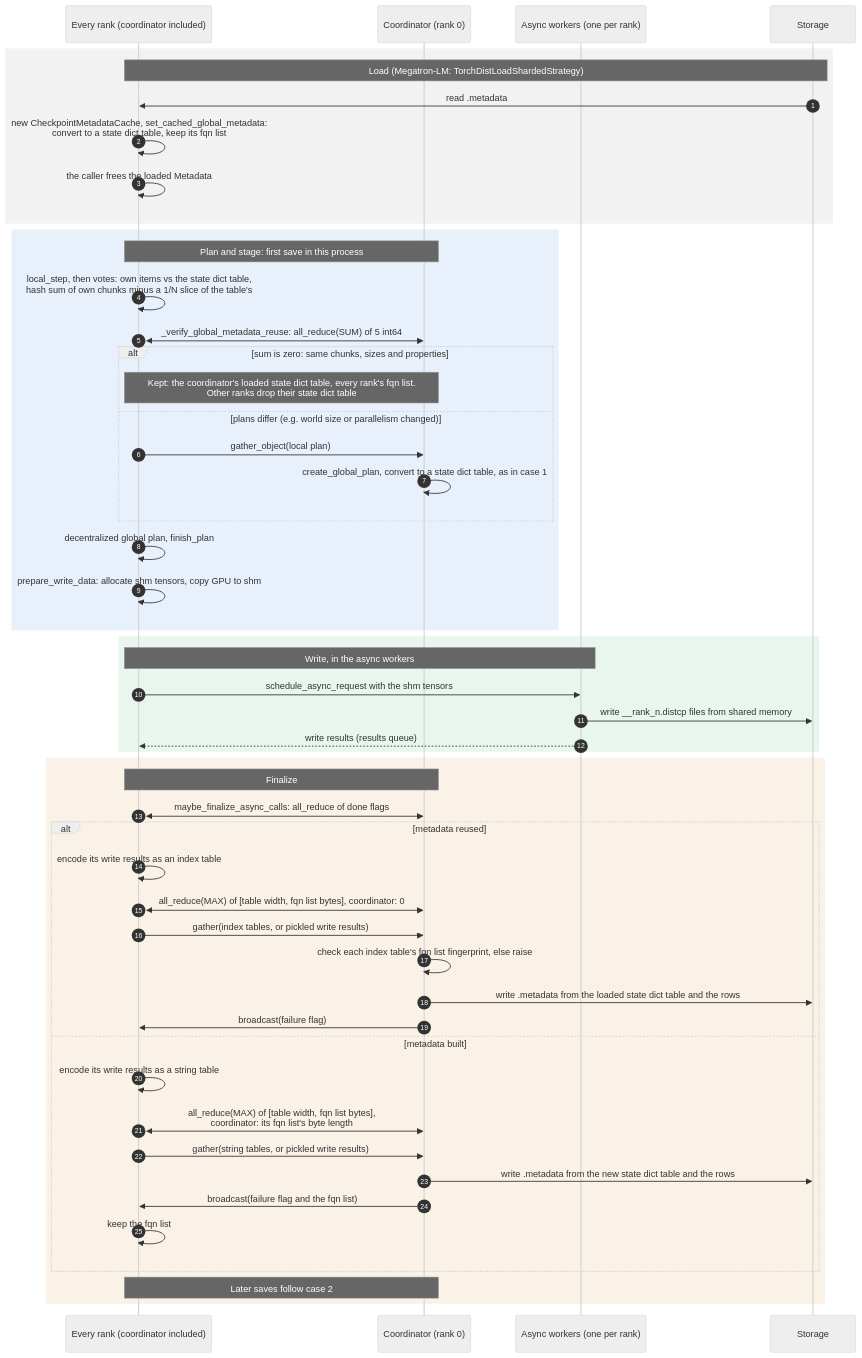
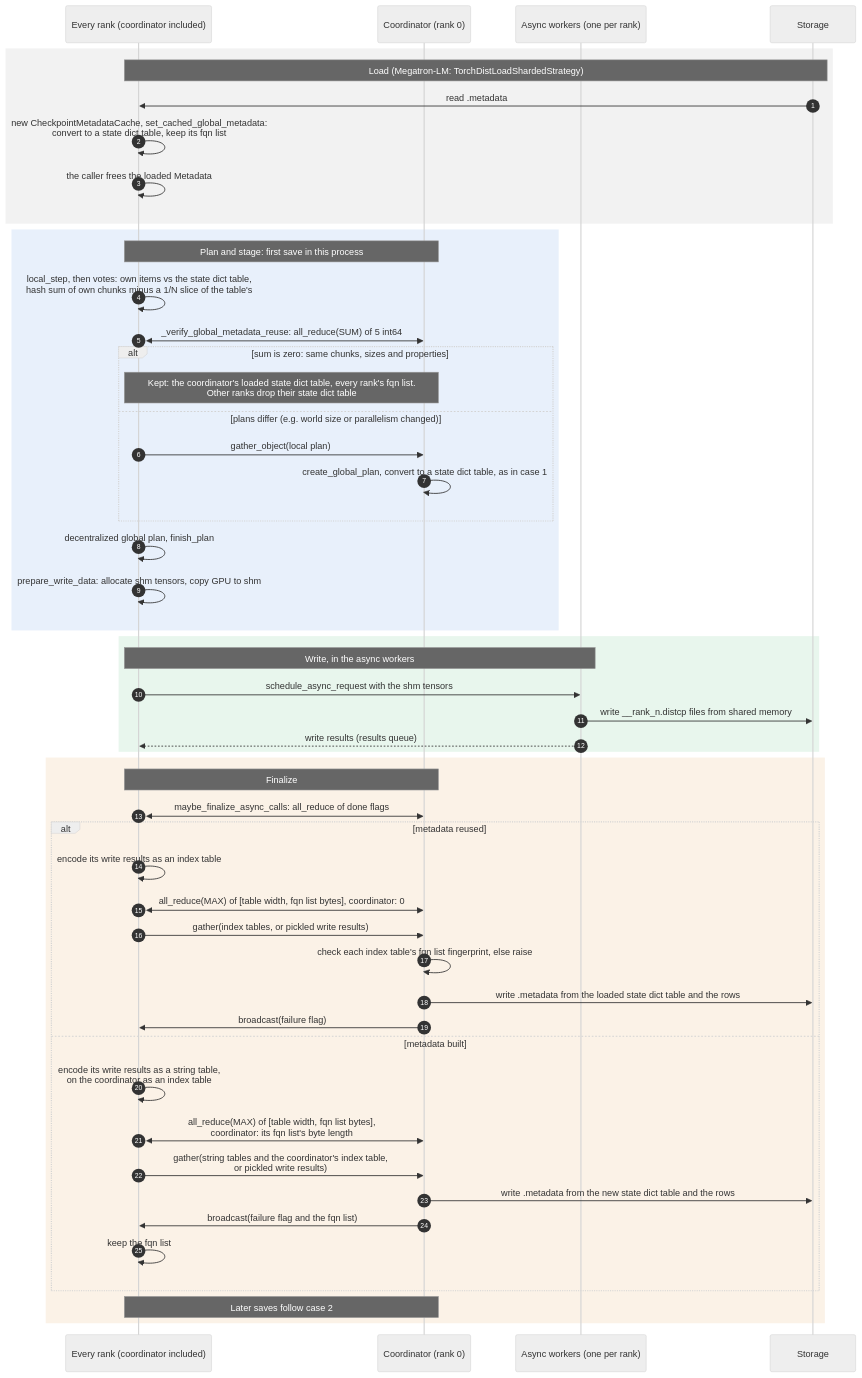
Before and after one commit to NVIDIA/nvidia-resiliency-ext: the fifth of 5 diagrams in docs/design/checkpoint/ASYNC_SAVE.md, drawn with Mermaid (neutral theme). The commit also changed other lines of this file, not shown here.

First line of the commit message:
Describe the coordinator's index table and the no-cache table in the doc

````diff
--- a/docs/design/checkpoint/ASYNC_SAVE.md
+++ b/docs/design/checkpoint/ASYNC_SAVE.md
@@ -358,57 +358,57 @@
 ```mermaid
 sequenceDiagram
     autonumber
     participant R as Every rank (coordinator included)
     participant C as Coordinator (rank 0)
     participant W as Async workers (one per rank)
     participant S as Storage
 
     rect rgba(150, 150, 150, 0.12)
     Note over R,S: Load (Megatron-LM: TorchDistLoadShardedStrategy)
     S->>R: read .metadata
     R->>R: new CheckpointMetadataCache, set_cached_global_metadata:<br/>convert to a state dict table, keep its fqn list
     R->>R: the caller frees the loaded Metadata
     end
 
     rect rgba(70, 130, 220, 0.12)
     Note over R,C: Plan and stage: first save in this process
     R->>R: local_step, then votes: own items vs the state dict table,<br/>hash sum of own chunks minus a 1/N slice of the table's
     R<<->>C: _verify_global_metadata_reuse: all_reduce(SUM) of 5 int64
     alt sum is zero: same chunks, sizes and properties
         Note over R,C: Kept: the coordinator's loaded state dict table, every rank's fqn list.<br/>Other ranks drop their state dict table
     else plans differ (e.g. world size or parallelism changed)
         R->>C: gather_object(local plan)
         C->>C: create_global_plan, convert to a state dict table, as in case 1
     end
     R->>R: decentralized global plan, finish_plan
     R->>R: prepare_write_data: allocate shm tensors, copy GPU to shm
     end
 
     rect rgba(70, 180, 110, 0.12)
     Note over R,W: Write, in the async workers
     R->>W: schedule_async_request with the shm tensors
     W->>S: write __rank_n.distcp files from shared memory
     W-->>R: write results (results queue)
     end
 
     rect rgba(220, 150, 60, 0.12)
     Note over R,C: Finalize
     R<<->>C: maybe_finalize_async_calls: all_reduce of done flags
     alt metadata reused
         R->>R: encode its write results as an index table
         R<<->>C: all_reduce(MAX) of [table width, fqn list bytes], coordinator: 0
         R->>C: gather(index tables, or pickled write results)
         C->>C: check each index table's fqn list fingerprint, else raise
         C->>S: write .metadata from the loaded state dict table and the rows
         C->>R: broadcast(failure flag)
     else metadata built
-        R->>R: encode its write results as a string table
+        R->>R: encode its write results as a string table,<br/>on the coordinator as an index table
         R<<->>C: all_reduce(MAX) of [table width, fqn list bytes],<br/>coordinator: its fqn list's byte length
-        R->>C: gather(string tables, or pickled write results)
+        R->>C: gather(string tables and the coordinator's index table,<br/>or pickled write results)
         C->>S: write .metadata from the new state dict table and the rows
         C->>R: broadcast(failure flag and the fqn list)
         R->>R: keep the fqn list
     end
     Note over R,C: Later saves follow case 2
     end
 ```
````
